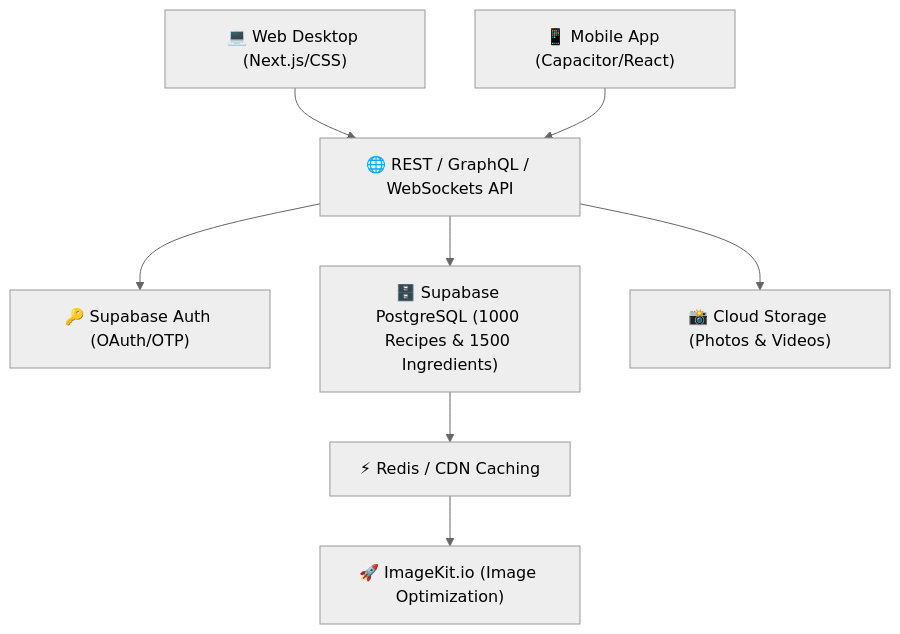
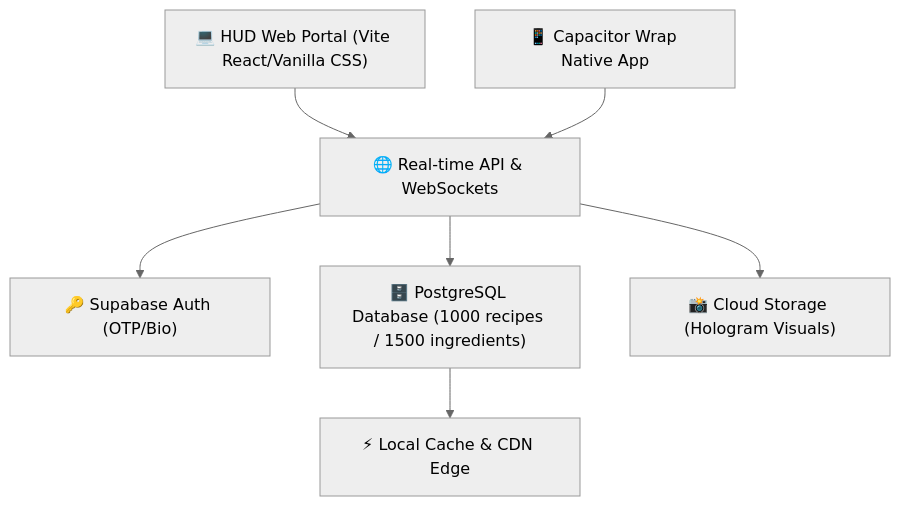
The diagram in @F_sf.md (jatupattarachait-boop/New-Food), drawn with Mermaid (neutral theme) before and after one commit. The commit also changed other lines of this file and 6 other files, not shown here.

````diff
--- a/@F_sf.md
+++ b/@F_sf.md
@@ -169,12 +109,11 @@
 ```mermaid
 graph TD
-    Client_Desktop["💻 Web Desktop (Next.js/CSS)"] --> API_Layer["🌐 REST / GraphQL / WebSockets API"]
-    Client_Mobile["📱 Mobile App (Capacitor/React)"] --> API_Layer
+    Client_Desktop["💻 HUD Web Portal (Vite React/Vanilla CSS)"] --> API_Layer["🌐 Real-time API & WebSockets"]
+    Client_Mobile["📱 Capacitor Wrap Native App"] --> API_Layer
     
-    API_Layer --> Auth_Service["🔑 Supabase Auth (OAuth/OTP)"]
-    API_Layer --> DB_Server["🗄️ Supabase PostgreSQL (1000 Recipes & 1500 Ingredients)"]
-    API_Layer --> Storage_Server["📸 Cloud Storage (Photos & Videos)"]
+    API_Layer --> Auth_Service["🔑 Supabase Auth (OTP/Bio)"]
+    API_Layer --> DB_Server["🗄️ PostgreSQL Database (1000 recipes / 1500 ingredients)"]
+    API_Layer --> Storage_Server["📸 Cloud Storage (Hologram Visuals)"]
     
-    DB_Server --> Cache_System["⚡ Redis / CDN Caching"]
-    Cache_System --> CDN_Layer["🚀 ImageKit.io (Image Optimization)"]
+    DB_Server --> Cache_System["⚡ Local Cache & CDN Edge"]
 ```
````
